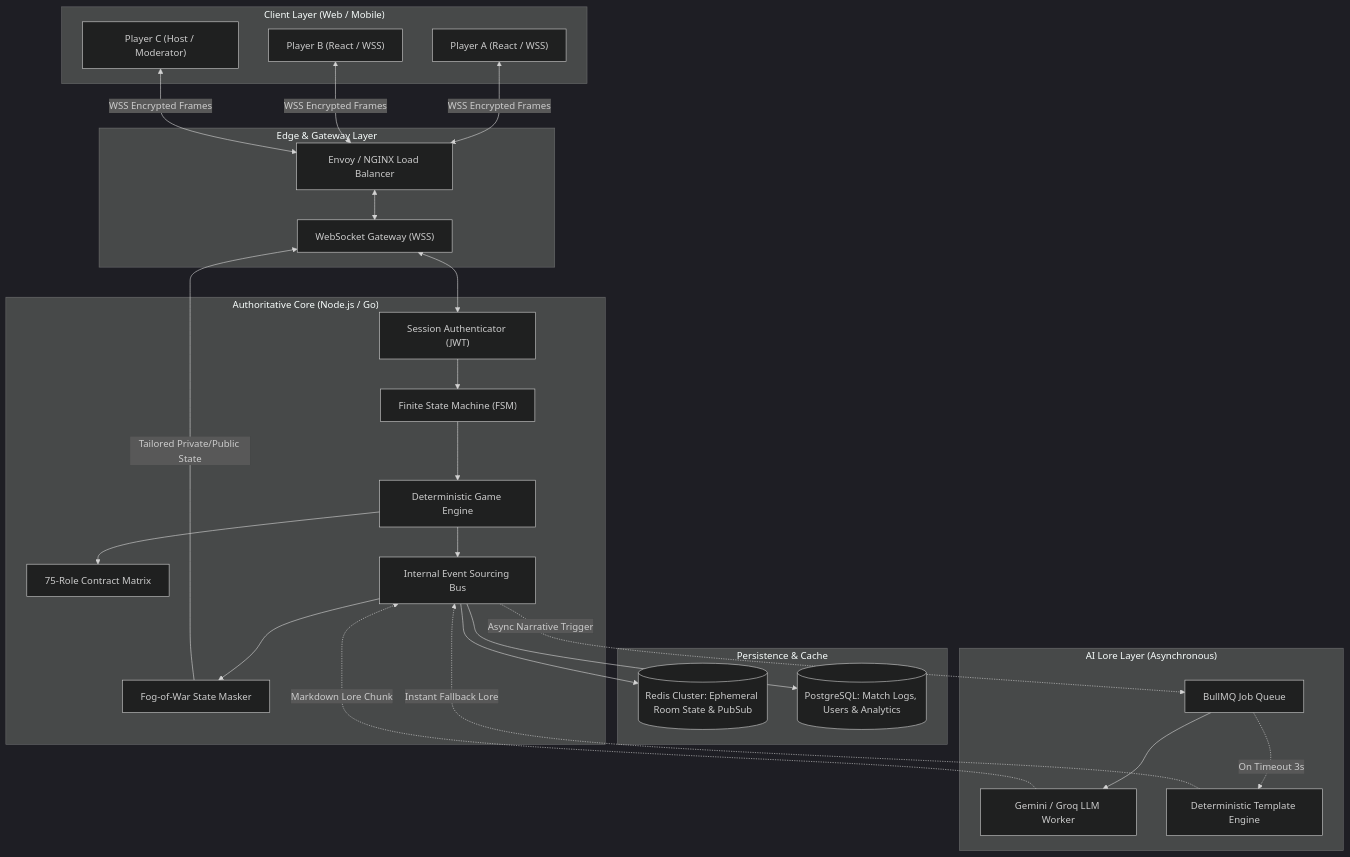
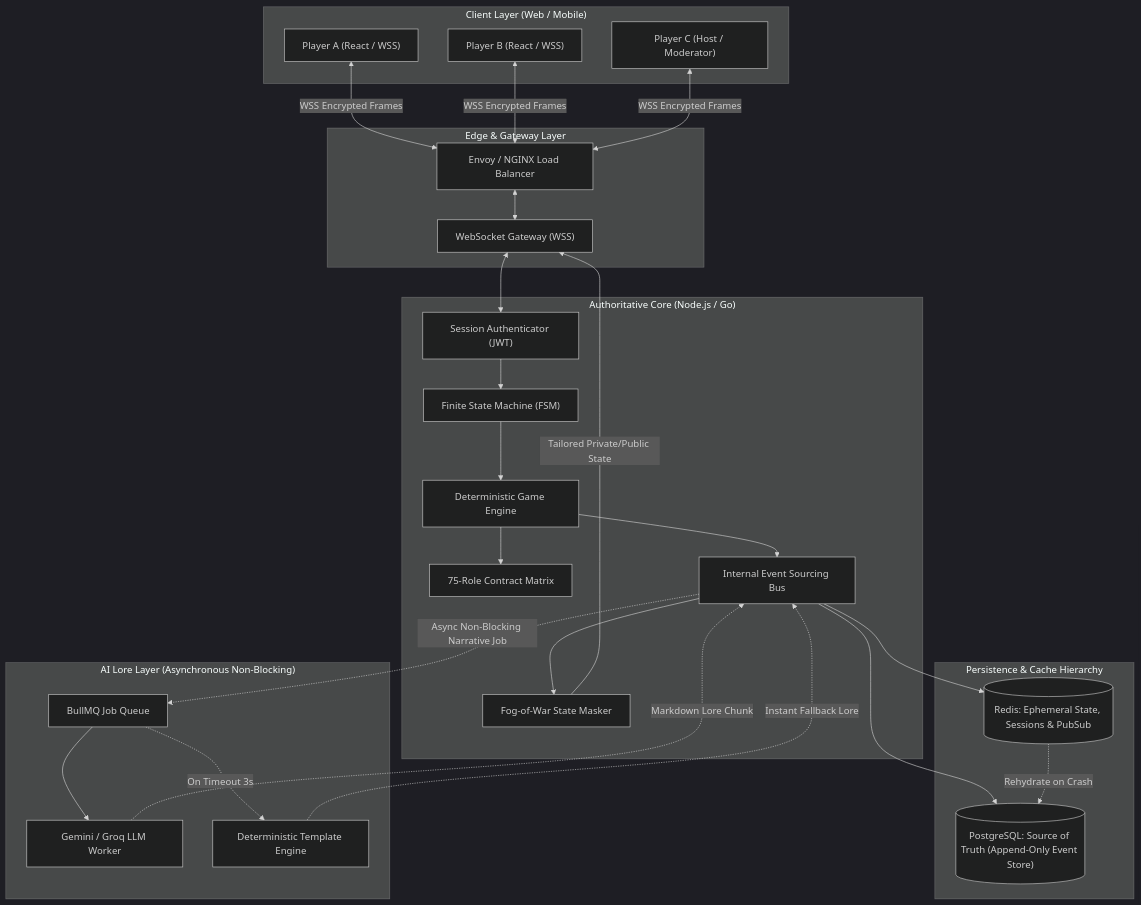
The first of 6 diagrams in ASPIRE_ARCHITECTURE_SPEC_V1.md (manuelixvivi/warewolf-moderator), drawn with Mermaid (dark theme) before and after one commit. The commit also changed other lines of this file and 1 other file, not shown here.

Commit message:
feat(contracts): formalize ASPIRE v1.0 canonical contract pack and refine architecture persistence spec

````diff
--- a/ASPIRE_ARCHITECTURE_SPEC_V1.md
+++ b/ASPIRE_ARCHITECTURE_SPEC_V1.md
@@ -12,50 +12,51 @@
 ```mermaid
 graph TD
     subgraph Clients ["Client Layer (Web / Mobile)"]
         P1["Player A (React / WSS)"]
         P2["Player B (React / WSS)"]
         P3["Player C (Host / Moderator)"]
     end
 
     subgraph Gateway ["Edge & Gateway Layer"]
         LB["Envoy / NGINX Load Balancer"]
         WSS["WebSocket Gateway (WSS)"]
     end
 
     subgraph GameCluster ["Authoritative Core (Node.js / Go)"]
         Auth["Session Authenticator (JWT)"]
         FSM["Finite State Machine (FSM)"]
         Engine["Deterministic Game Engine"]
         Contracts["75-Role Contract Matrix"]
         EventBus["Internal Event Sourcing Bus"]
         Sanitizer["Fog-of-War State Masker"]
     end
 
-    subgraph DataStore ["Persistence & Cache"]
-        Redis[("Redis Cluster: Ephemeral Room State & PubSub")]
-        PG[("PostgreSQL: Match Logs, Users & Analytics")]
+    subgraph DataStore ["Persistence & Cache Hierarchy"]
+        PG[("PostgreSQL: Source of Truth (Append-Only Event Store)")]
+        Redis[("Redis: Ephemeral State, Sessions & PubSub")]
     end
 
-    subgraph AIWorker ["AI Lore Layer (Asynchronous)"]
+    subgraph AIWorker ["AI Lore Layer (Asynchronous Non-Blocking)"]
         Queue["BullMQ Job Queue"]
         LLM["Gemini / Groq LLM Worker"]
         Fallback["Deterministic Template Engine"]
     end
 
     P1 & P2 & P3 <-->|WSS Encrypted Frames| LB
     LB <--> WSS
     WSS <--> Auth
     Auth --> FSM
     FSM --> Engine
     Engine --> Contracts
     Engine --> EventBus
+    EventBus --> PG
+    EventBus --> Redis
+    Redis -.->|Rehydrate on Crash| PG
     EventBus --> Sanitizer
-    EventBus --> Redis
-    EventBus --> PG
     Sanitizer -->|Tailored Private/Public State| WSS
-    EventBus -.->|Async Narrative Trigger| Queue
+    EventBus -.->|Async Non-Blocking Narrative Job| Queue
     Queue --> LLM
     LLM -.->|Markdown Lore Chunk| EventBus
     Queue -.->|On Timeout 3s| Fallback
     Fallback -.->|Instant Fallback Lore| EventBus
 ```
````
